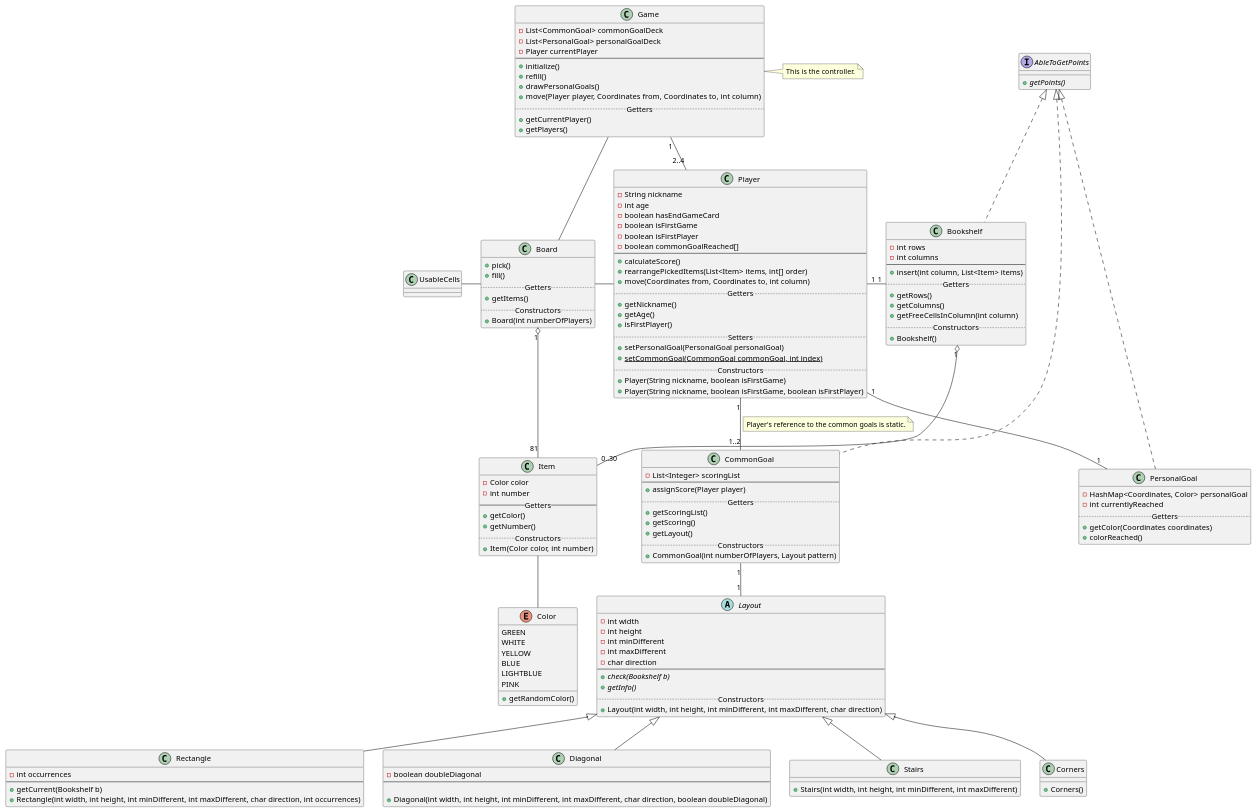
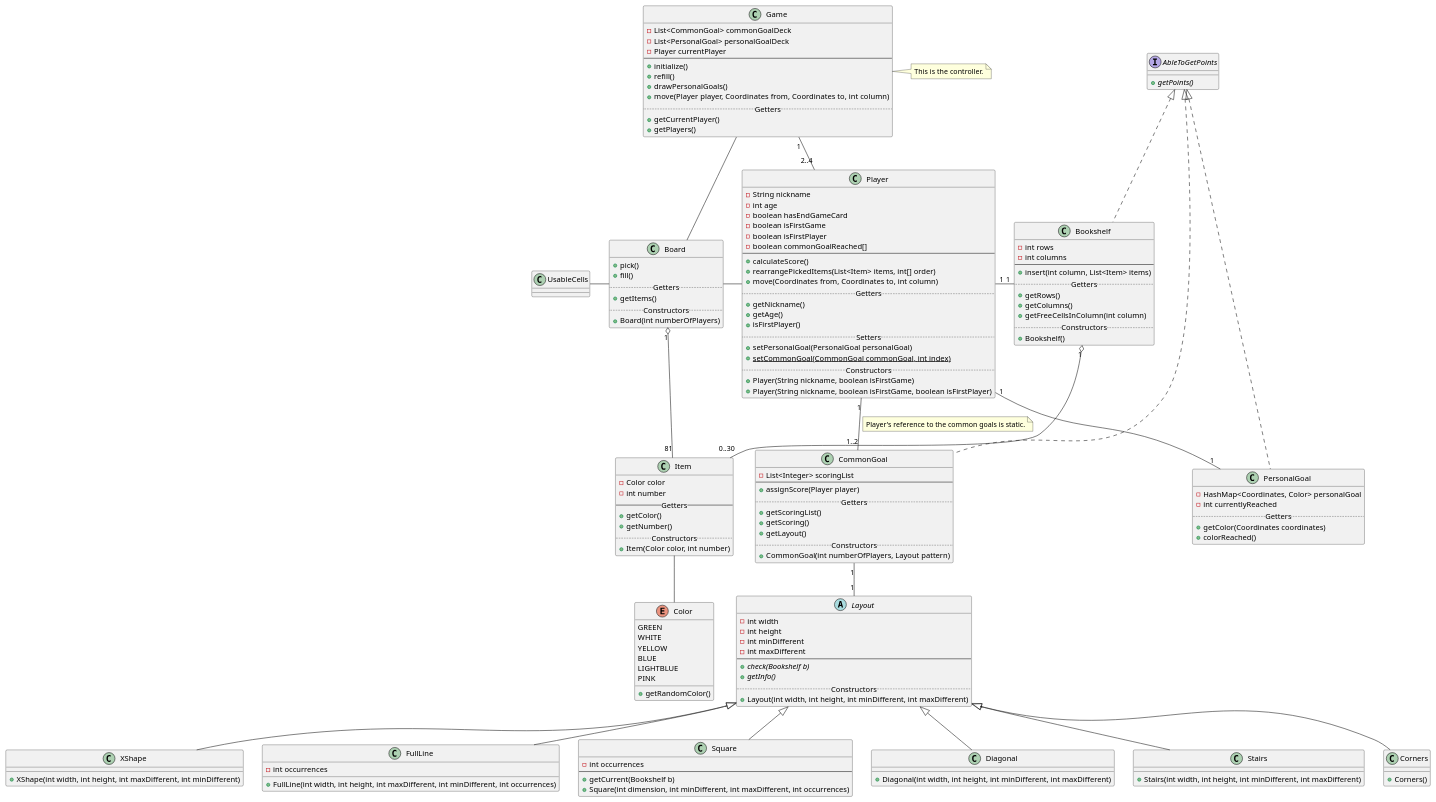
Before and after one commit to dltmtt/IS23-AM13: the diagram in docs/Initial class diagram.puml, drawn with PlantUML. The commit also changed 7 other files, not shown here.

```diff
--- a/docs/Initial class diagram.puml
+++ b/docs/Initial class diagram.puml
@@ -1,172 +1,177 @@
 @startuml
 'https://plantuml.com/class-diagram
 'https://plantuml.com/commons
 
 Game -- Board
 Game "1" -- "2..4" Player
 Board - Player
 Board -left UsableCells
 Player "1" - "1" Bookshelf
 Player "1" -- "1" PersonalGoal
 Player "1" -- "1..2" CommonGoal
 note on link
     Player's reference to the common goals is static.
 end note
 CommonGoal "1" -- "1" Layout
 Item -- Color
 Board "1" o-- "81" Item
 Bookshelf "1" o-- "0..30" Item
 
 class Game {
     -List<CommonGoal> commonGoalDeck
     -List<PersonalGoal> personalGoalDeck
     -Player currentPlayer
     ----
     +initialize()
     +refill()
     +drawPersonalGoals()
     +move(Player player, Coordinates from, Coordinates to, int column)
     .. Getters ..
     +getCurrentPlayer()
     +getPlayers()
 }
 
 note right : This is the controller.
 
 class Item {
     -Color color
     -int number
     -- Getters --
     +getColor()
     +getNumber()
     .. Constructors ..
     +Item(Color color, int number)
 }
 
 class Player {
     -String nickname
     -int age
     -boolean hasEndGameCard
     -boolean isFirstGame
     -boolean isFirstPlayer
     -boolean commonGoalReached[]
     ----
     +calculateScore()
     +rearrangePickedItems(List<Item> items, int[] order)
     +move(Coordinates from, Coordinates to, int column)
     .. Getters ..
     +getNickname()
     +getAge()
     +isFirstPlayer()
     .. Setters ..
     +setPersonalGoal(PersonalGoal personalGoal)
     +{static} setCommonGoal(CommonGoal commonGoal, int index)
     .. Constructors ..
     +Player(String nickname, boolean isFirstGame)
     +Player(String nickname, boolean isFirstGame, boolean isFirstPlayer)
 }
 
 class Board {
     +pick()
     +fill()
     .. Getters ..
     +getItems()
     .. Constructors ..
     +Board(int numberOfPlayers)
 }
 
 interface AbleToGetPoints {
     +{abstract} getPoints()
 }
 
 class PersonalGoal implements AbleToGetPoints {
     -HashMap<Coordinates, Color> personalGoal
     -int currentlyReached
     .. Getters ..
     +getColor(Coordinates coordinates)
     +colorReached()
 }
 
 note left of PersonalGoal::reached
     It indicates the number of cells filled with the "right color"
 end note
 
 note right of PersonalGoal::goal
     The goal's configuration.
 end note
 
 class CommonGoal implements AbleToGetPoints {
     -List<Integer> scoringList
     ----
     +assignScore(Player player)
     .. Getters ..
     +getScoringList()
     +getScoring()
     +getLayout()
     .. Constructors ..
     +CommonGoal(int numberOfPlayers, Layout pattern)
 }
 
 enum Color {
     GREEN
     WHITE
     YELLOW
     BLUE
     LIGHTBLUE
     PINK
     +getRandomColor()
 }
 
 class Bookshelf implements AbleToGetPoints {
     -int rows
     -int columns
     ----
     +insert(int column, List<Item> items)
     .. Getters ..
     +getRows()
     +getColumns()
     +getFreeCellsInColumn(int column)
     .. Constructors ..
     +Bookshelf()
 }
 
 abstract Layout {
     -int width
     -int height
     -int minDifferent
     -int maxDifferent
-    -char direction
     ----
     +{abstract} check(Bookshelf b)
     +{abstract} getInfo()
     .. Constructors ..
-    +Layout(int width, int height, int minDifferent, int maxDifferent, char direction)
+    +Layout(int width, int height, int minDifferent, int maxDifferent)
 }
 
 note right of Layout::getCurrent
     Returns the number of items in the correct position for a specific common goal.
 end note
 
-class Rectangle extends Layout {
+class XShape extends Layout{
++XShape(int width, int height, int maxDifferent, int minDifferent)
+}
+
+class FullLine extends Layout{
+    -int occurrences
++FullLine(int width, int height, int maxDifferent, int minDifferent, int occurrences)
+}
+
+class Square extends Layout {
     -int occurrences
     ---
     +getCurrent(Bookshelf b)
-    +Rectangle(int width, int height, int minDifferent, int maxDifferent, char direction, int occurrences)
+    +Square(int dimension, int minDifferent, int maxDifferent, int occurrences)
 }
 
 class Diagonal extends Layout {
-    -boolean doubleDiagonal
-    ----
-
-    +Diagonal(int width, int height, int minDifferent, int maxDifferent, char direction, boolean doubleDiagonal)
+    +Diagonal(int width, int height, int minDifferent, int maxDifferent)
 }
 
 class Stairs extends Layout {
 
     +Stairs(int width, int height, int minDifferent, int maxDifferent)
 }
 
 class Corners extends Layout {
     +Corners()
 }
 @enduml
```
